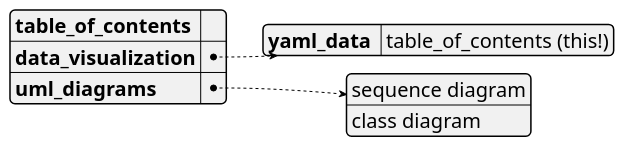
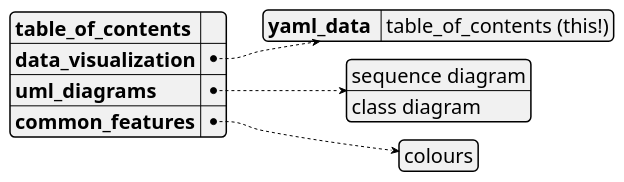
The first of 8 diagrams in plantuml_demo.md (dragondive/plantuml_demo), drawn with PlantUML before and after one commit. The commit also changed other lines of this file, not shown here.

Commit message:
added demo: colours

````diff
--- a/plantuml_demo.md
+++ b/plantuml_demo.md
@@ -19,20 +19,22 @@
 ```plantuml
 @startyaml
 
 <style>
 yamlDiagram {
   node {
 	FontName Consolas
 	FontSize 20
   }
 }
 </style>
 
 **table_of_contents**:  " " /' workaround: space here to avoid dummy link '/
 data_visualization:
   yaml_data : table_of_contents (this!)
 uml_diagrams:
   - sequence diagram
   - class diagram
+common_features:
+  - colours
 @endyaml
 ```
````
